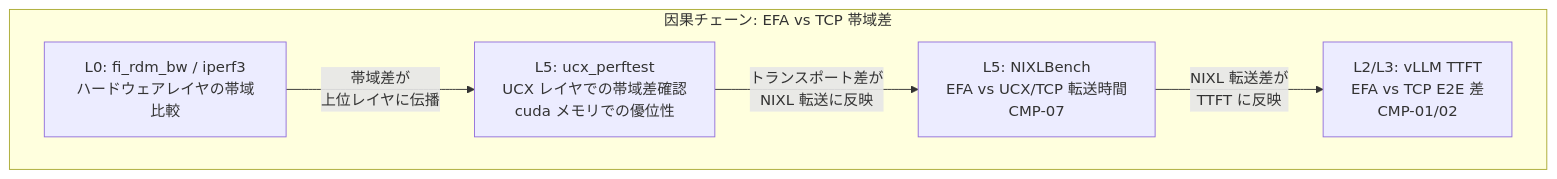
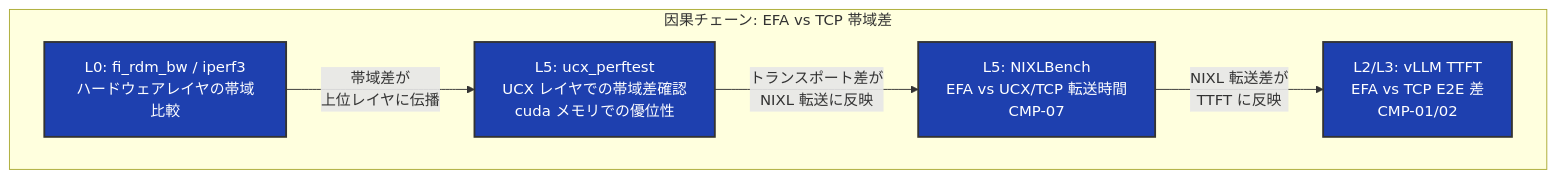
The tenth of 15 diagrams in articles/3dd524130320d3.md (littlemex/zenn), drawn with Mermaid before and after one commit. The commit also changed other lines of this file, not shown here.

````diff
--- a/articles/3dd524130320d3.md
+++ b/articles/3dd524130320d3.md
@@ -624,13 +631,18 @@
 ```mermaid
 graph LR
     subgraph "因果チェーン: EFA vs TCP 帯域差"
         direction LR
         BL["L0: fi_rdm_bw / iperf3<br/>ハードウェアレイヤの帯域比較"]
         UCX["L5: ucx_perftest<br/>UCX レイヤでの帯域差確認<br/>cuda メモリでの優位性"]
         NB["L5: NIXLBench<br/>EFA vs UCX/TCP 転送時間<br/>CMP-07"]
         E2E_TTFT["L2/L3: vLLM TTFT<br/>EFA vs TCP E2E 差<br/>CMP-01/02"]
         BL -->|"帯域差が<br/>上位レイヤに伝播"| UCX
         UCX -->|"トランスポート差が<br/>NIXL 転送に反映"| NB
         NB -->|"NIXL 転送差が<br/>TTFT に反映"| E2E_TTFT
     end
+
+    style BL fill: #1e40af,stroke: #333,stroke-width:2px,color: #fff
+    style UCX fill: #1e40af,stroke: #333,stroke-width:2px,color: #fff
+    style NB fill: #1e40af,stroke: #333,stroke-width:2px,color: #fff
+    style E2E_TTFT fill: #1e40af,stroke: #333,stroke-width:2px,color: #fff
 ```
````
